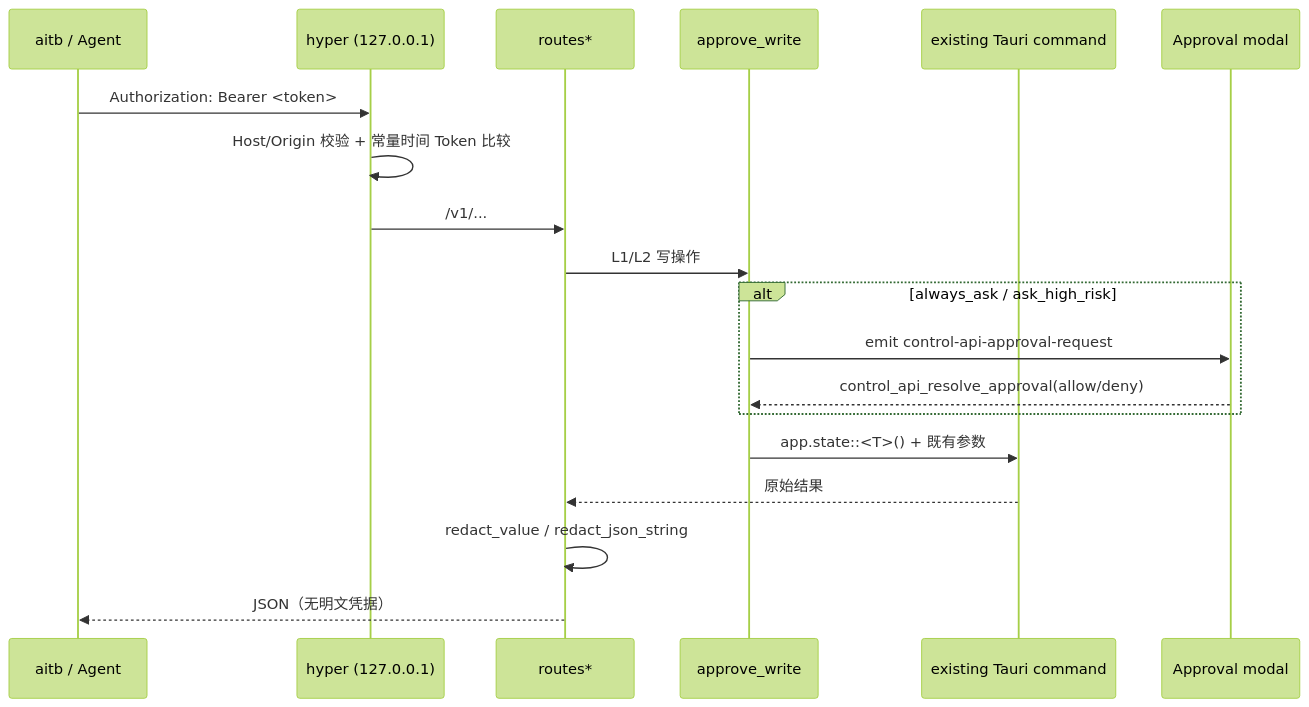
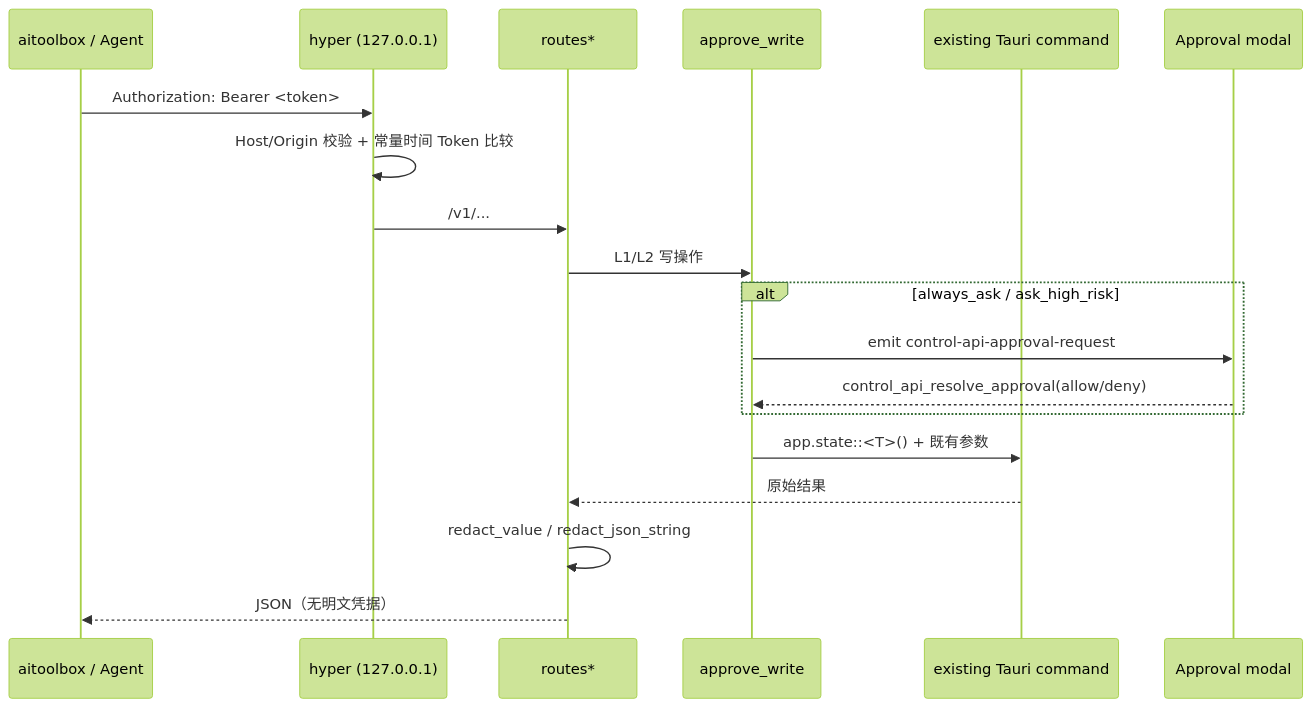
The diagram in tauri/src/control_api/AGENTS.md (coulsontl/ai-toolbox), drawn with Mermaid (forest theme) before and after one commit. The commit also changed other lines of this file and 26 other files, not shown here.

First line of the commit message:
feat(control-cli): rename the Agent Control CLI from aitb to aitoolbox

````diff
--- a/tauri/src/control_api/AGENTS.md
+++ b/tauri/src/control_api/AGENTS.md
@@ -82,22 +82,22 @@
 ```mermaid
 sequenceDiagram
-  participant Agent as aitb / Agent
+  participant Agent as aitoolbox / Agent
   participant Srv as hyper (127.0.0.1)
   participant Routes as routes*
   participant Gate as approve_write
   participant Cmd as existing Tauri command
   participant UI as Approval modal
 
   Agent->>Srv: Authorization: Bearer <token>
   Srv->>Srv: Host/Origin 校验 + 常量时间 Token 比较
   Srv->>Routes: /v1/...
   Routes->>Gate: L1/L2 写操作
   alt always_ask / ask_high_risk
     Gate->>UI: emit control-api-approval-request
     UI-->>Gate: control_api_resolve_approval(allow/deny)
   end
   Gate->>Cmd: app.state::<T>() + 既有参数
   Cmd-->>Routes: 原始结果
   Routes->>Routes: redact_value / redact_json_string
   Routes-->>Agent: JSON（无明文凭据）
 ```
````
